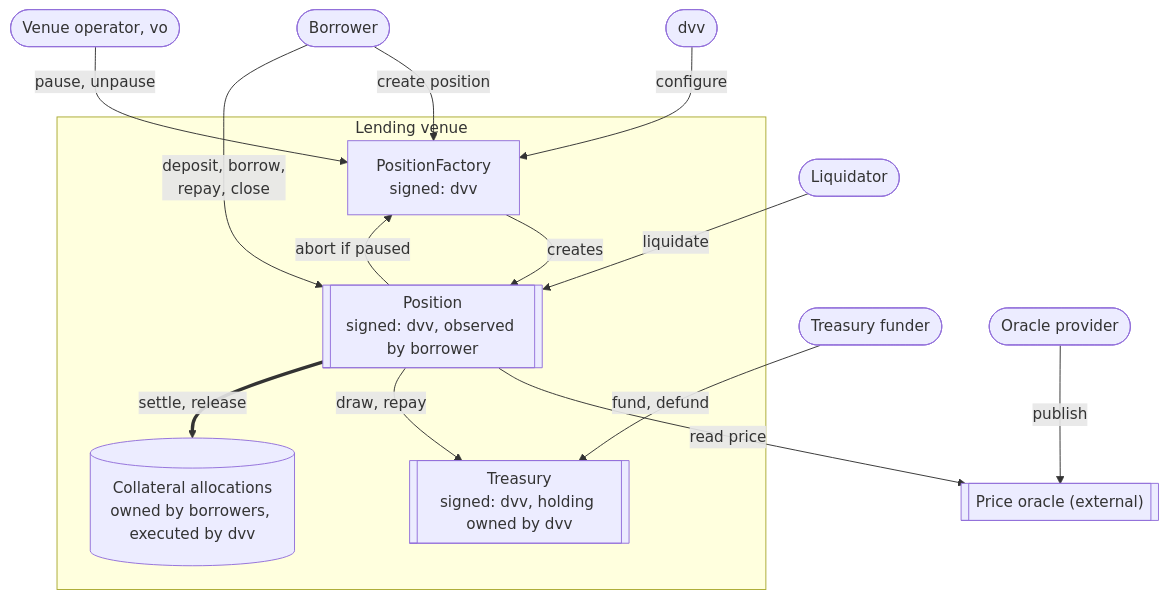
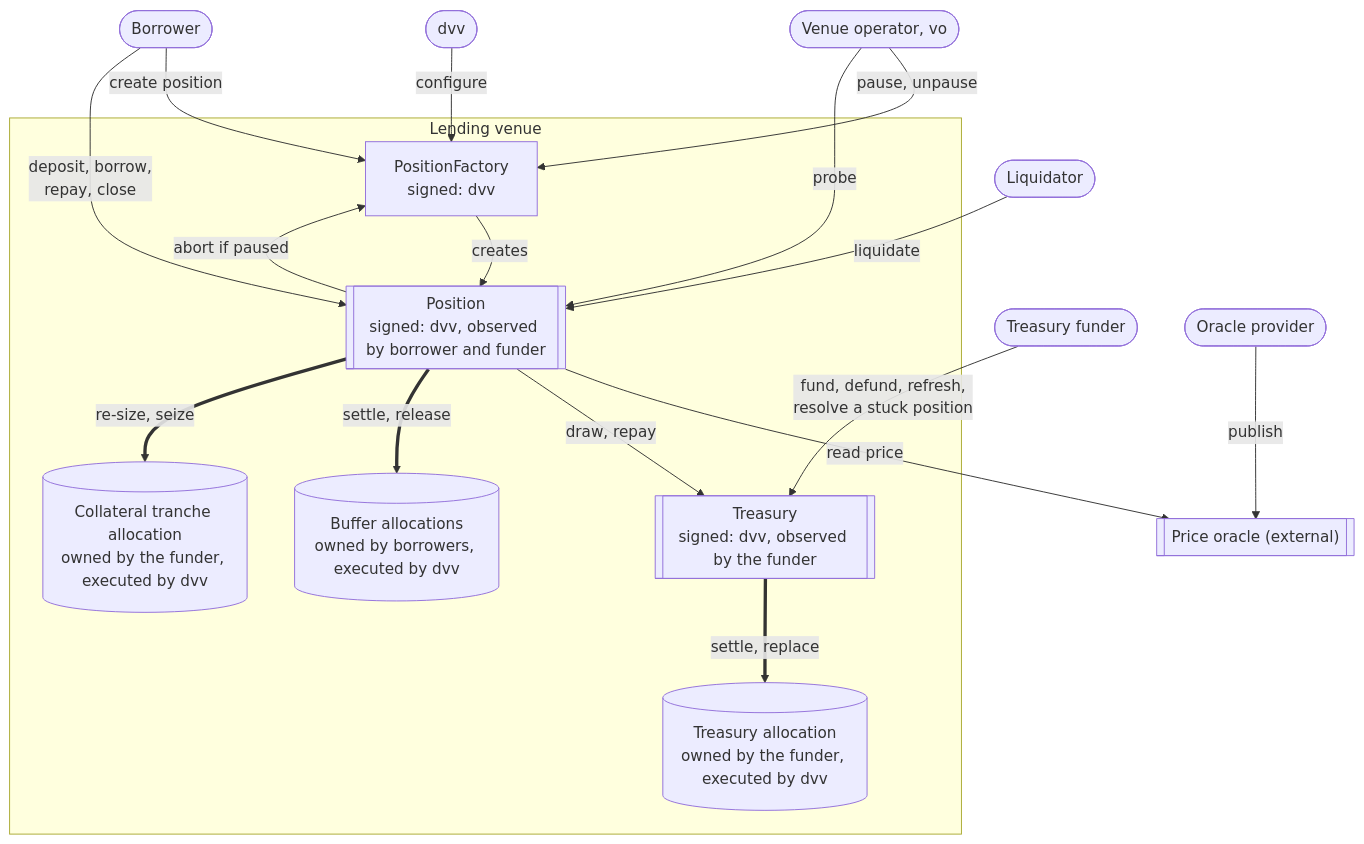
The first of 8 diagrams in docs/reference-architectures/lending.md (OpenZeppelin/canton-specs), drawn with Mermaid before and after one commit. The commit also changed other lines of this file, not shown here.

Commit message:
Change allocation model to committed iterated allocations owned by funder and borrower, and rebalancing between them.

````diff
--- a/docs/reference-architectures/lending.md
+++ b/docs/reference-architectures/lending.md
@@ -90,31 +90,36 @@
 ```mermaid
 flowchart TB
     Consortium([dvv])
     Operator([Venue operator, vo])
     Funder([Treasury funder])
     Borrower([Borrower])
     Liquidator([Liquidator])
     Provider([Oracle provider])
 
     subgraph Target["Lending venue"]
         Factory["PositionFactory<br/>signed: dvv"]
-        Position[["Position<br/>signed: dvv, observed by borrower"]]
-        Treasury[["Treasury<br/>signed: dvv, holding owned by dvv"]]
-        Collateral[("Collateral allocations<br/>owned by borrowers, executed by dvv")]
+        Position[["Position<br/>signed: dvv, observed by borrower and funder"]]
+        Treasury[["Treasury<br/>signed: dvv, observed by the funder"]]
+        Collateral[("Buffer allocations<br/>owned by borrowers, executed by dvv")]
+        Liquidity[("Treasury allocation<br/>owned by the funder, executed by dvv")]
+        Tranche[("Collateral tranche allocation<br/>owned by the funder, executed by dvv")]
     end
 
     Oracle[["Price oracle (external)"]]
 
     Consortium -->|"configure"| Factory
     Operator -->|"pause, unpause"| Factory
-    Funder -->|"fund, defund"| Treasury
+    Operator -->|"probe"| Position
+    Funder -->|"fund, defund, refresh,<br/>resolve a stuck position"| Treasury
     Borrower -->|"create position"| Factory
     Factory -->|"creates"| Position
     Borrower -->|"deposit, borrow,<br/>repay, close"| Position
     Liquidator -->|"liquidate"| Position
     Provider -->|"publish"| Oracle
     Position -->|"abort if paused"| Factory
     Position -->|"read price"| Oracle
     Position -->|"draw, repay"| Treasury
     Position ==>|"settle, release"| Collateral
+    Position ==>|"re-size, seize"| Tranche
+    Treasury ==>|"settle, replace"| Liquidity
 ```
````
